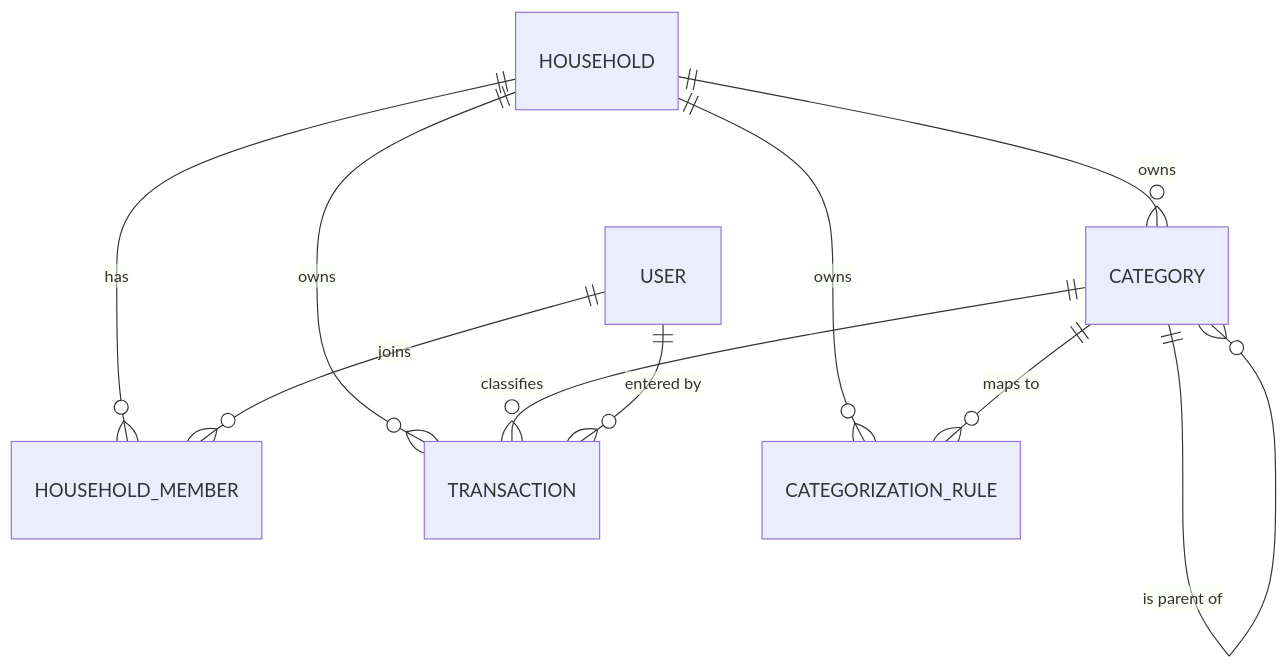
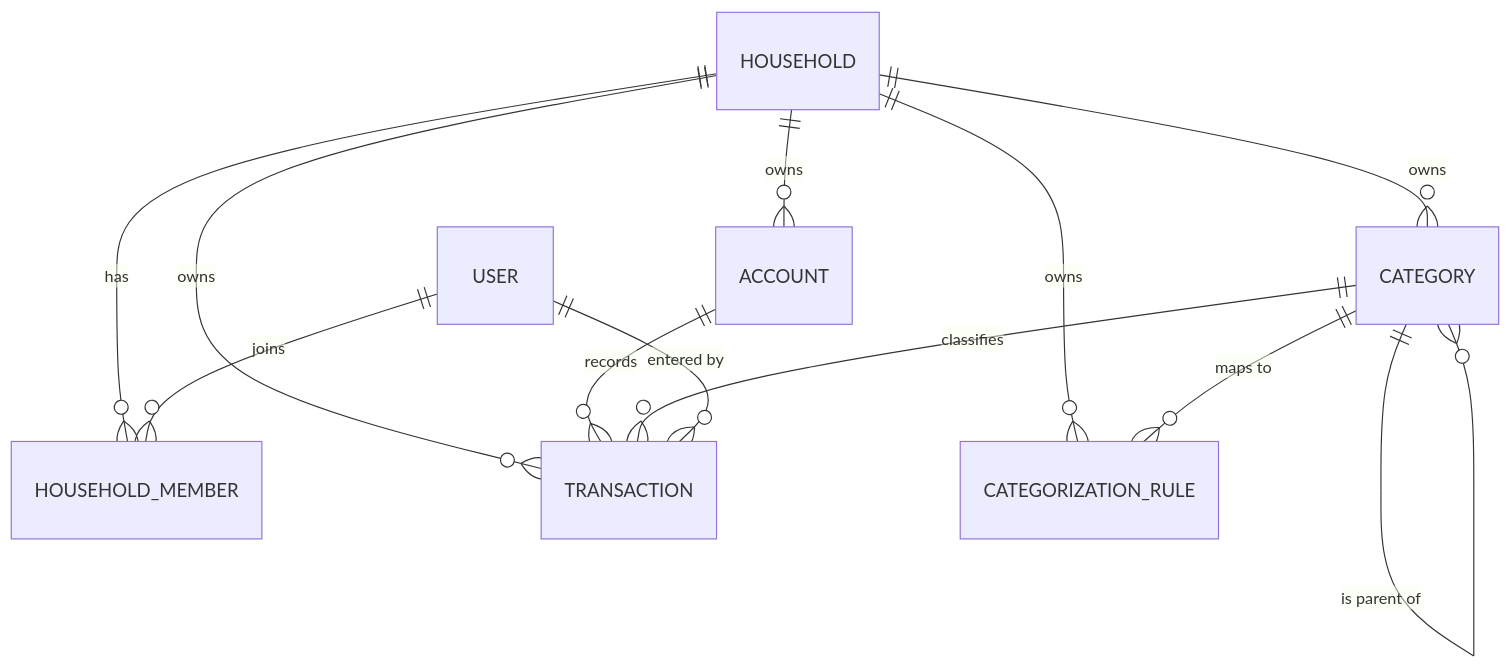
The diagram in specs/entities/entity-model.md (tuanpham197/mango-family), drawn with Mermaid before and after one commit. The commit also changed other lines of this file and 35 other files, not shown here.

````diff
--- a/specs/entities/entity-model.md
+++ b/specs/entities/entity-model.md
@@ -9,12 +11,14 @@
 ```mermaid
 erDiagram
     HOUSEHOLD ||--o{ HOUSEHOLD_MEMBER : "has"
     USER ||--o{ HOUSEHOLD_MEMBER : "joins"
     HOUSEHOLD ||--o{ CATEGORY : "owns"
     HOUSEHOLD ||--o{ TRANSACTION : "owns"
+    HOUSEHOLD ||--o{ ACCOUNT : "owns"
     HOUSEHOLD ||--o{ CATEGORIZATION_RULE : "owns"
+    ACCOUNT ||--o{ TRANSACTION : "records"
     CATEGORY ||--o{ CATEGORY : "is parent of"
     CATEGORY ||--o{ TRANSACTION : "classifies"
     CATEGORY ||--o{ CATEGORIZATION_RULE : "maps to"
     USER ||--o{ TRANSACTION : "entered by"
 ```
````
